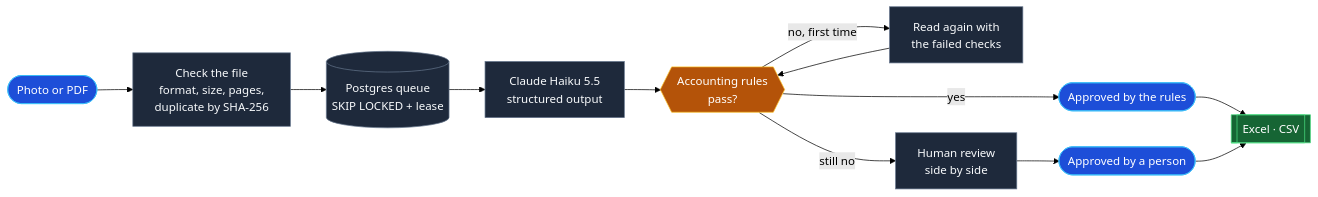
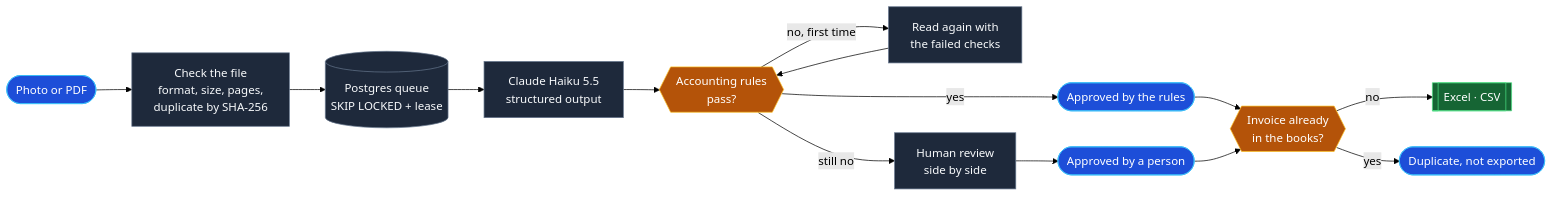
Before and after one commit to Juxn89/invoice-extractor: the diagram in README.md, drawn with Mermaid (forest theme). The commit also changed other lines of this file and 51 other files, not shown here.

````diff
--- a/README.md
+++ b/README.md
@@ -53,23 +53,25 @@
 ```mermaid
 flowchart LR
     Up([Photo or PDF]) --> Check[Check the file<br/>format, size, pages,<br/>duplicate by SHA-256]
     Check --> Queue[(Postgres queue<br/>SKIP LOCKED + lease)]
     Queue --> Read[Claude Haiku 5.5<br/>structured output]
     Read --> Rules{{Accounting rules<br/>pass?}}
     Rules -- no, first time --> Retry[Read again with<br/>the failed checks]
     Retry --> Rules
     Rules -- yes --> Auto([Approved by the rules])
     Rules -- still no --> Review[Human review<br/>side by side]
     Review --> Approved([Approved by a person])
-    Auto --> Excel[[Excel · CSV]]
-    Approved --> Excel
+    Auto --> Key{{Invoice already<br/>in the books?}}
+    Approved --> Key
+    Key -- no --> Excel[[Excel · CSV]]
+    Key -- yes --> Dup([Duplicate, not exported])
 
     classDef io fill:#1d4ed8,stroke:#38bdf8,color:#ffffff
     classDef work fill:#1e293b,stroke:#64748b,color:#f8fafc
     classDef gate fill:#b45309,stroke:#fbbf24,color:#ffffff
     classDef out fill:#166534,stroke:#4ade80,color:#ffffff
-    class Up,Auto,Approved io
+    class Up,Auto,Approved,Dup io
     class Check,Queue,Read,Retry,Review work
-    class Rules gate
+    class Rules,Key gate
     class Excel out
 ```
````
